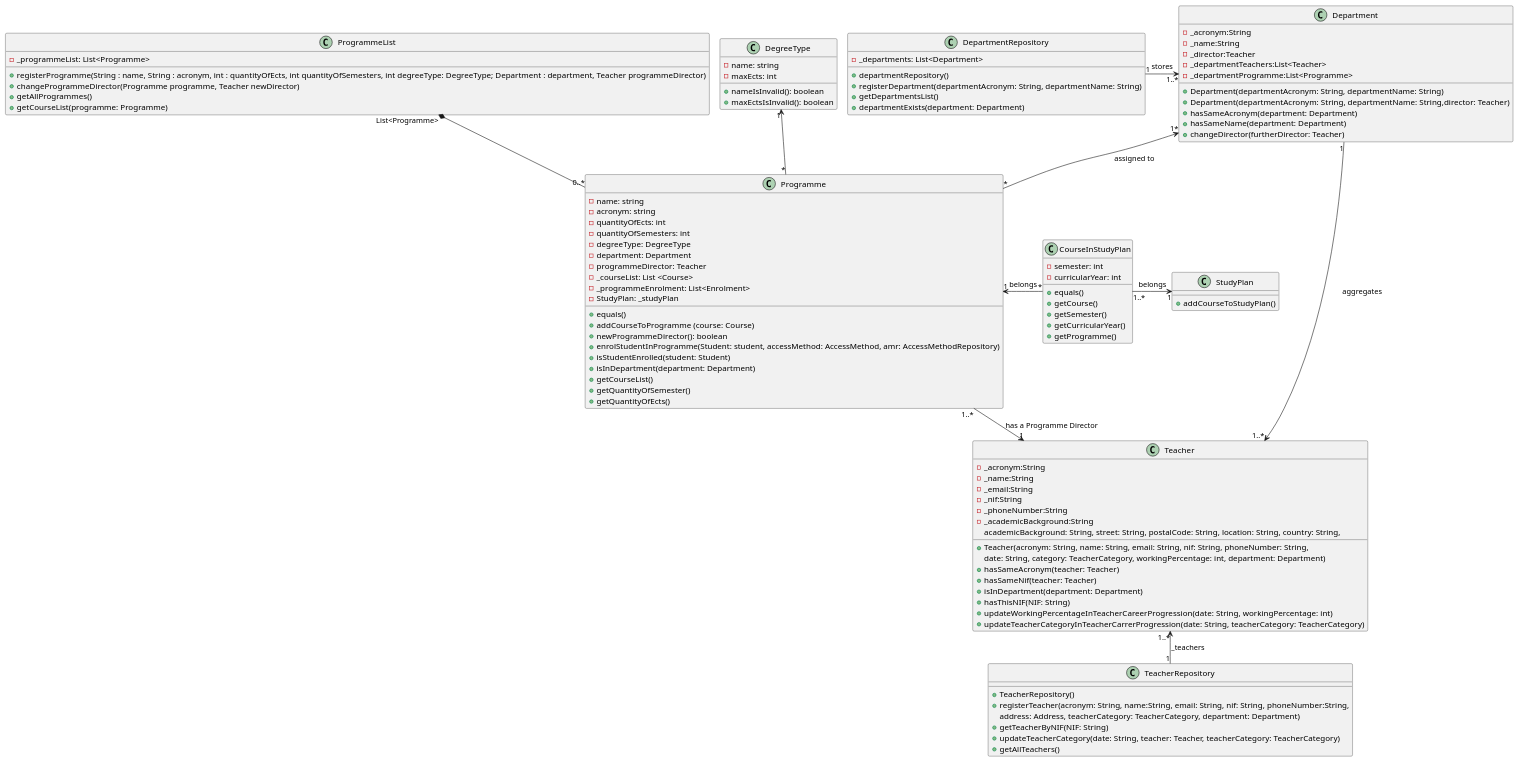
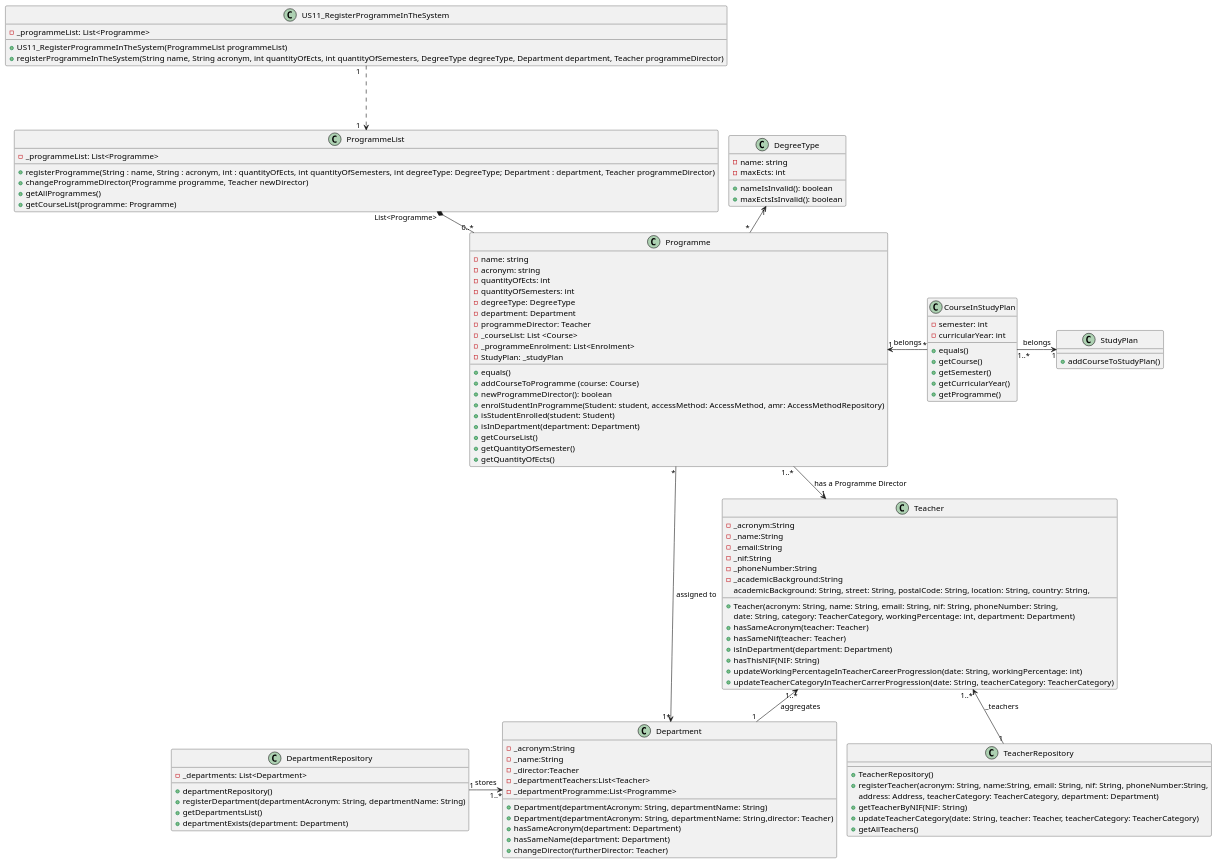
The diagram in docs/US11/US11_RegisterProgrammeInSystemClassDiagram.puml (GasparISEP/DevOps-PAI), drawn with PlantUML before and after one commit. The commit also changed 5 other files, not shown here.

Commit message:
Added, Reorganized and Fixed US11, US12, US27 diagrams

```diff
--- a/docs/US11/US11_RegisterProgrammeInSystemClassDiagram.puml
+++ b/docs/US11/US11_RegisterProgrammeInSystemClassDiagram.puml
@@ -1,124 +1,132 @@
 @startuml
 !pragma layout smetana
 'left to right direction
+
+class US11_RegisterProgrammeInTheSystem {
+    -_programmeList: List<Programme>
+    +US11_RegisterProgrammeInTheSystem(ProgrammeList programmeList)
+    +registerProgrammeInTheSystem(String name, String acronym, int quantityOfEcts, int quantityOfSemesters, DegreeType degreeType, Department department, Teacher programmeDirector)
+}
 
 class Department {
     -_acronym:String
     -_name:String
     -_director:Teacher
     -_departmentTeachers:List<Teacher>
     -_departmentProgramme:List<Programme>
     +Department(departmentAcronym: String, departmentName: String)
     +Department(departmentAcronym: String, departmentName: String,director: Teacher)
     +hasSameAcronym(department: Department)
     +hasSameName(department: Department)
     +changeDirector(furtherDirector: Teacher)
 
 }
 
 class DepartmentRepository {
     -_departments: List<Department>
     +departmentRepository()
     +registerDepartment(departmentAcronym: String, departmentName: String)
     +getDepartmentsList()
     +departmentExists(department: Department)
 }
 
 class Programme {
      - name: string
      - acronym: string
      - quantityOfEcts: int
      - quantityOfSemesters: int
      - degreeType: DegreeType
      - department: Department
      - programmeDirector: Teacher
      -_courseList: List <Course>
      -_programmeEnrolment: List<Enrolment>
      -StudyPlan: _studyPlan
 
      + equals()
      + addCourseToProgramme (course: Course)
      + newProgrammeDirector(): boolean
      +enrolStudentInProgramme(Student: student, accessMethod: AccessMethod, amr: AccessMethodRepository)
      +isStudentEnrolled(student: Student)
      +isInDepartment(department: Department)
      +getCourseList()
      +getQuantityOfSemester()
      +getQuantityOfEcts()
  }
 
 class ProgrammeList {
      -_programmeList: List<Programme>
      +registerProgramme(String : name, String : acronym, int : quantityOfEcts, int quantityOfSemesters, int degreeType: DegreeType; Department : department, Teacher programmeDirector)
      +changeProgrammeDirector(Programme programme, Teacher newDirector)
      +getAllProgrammes()
      +getCourseList(programme: Programme)
 }
 
 class DegreeType {
     - name: string
     - maxEcts: int
     + nameIsInvalid(): boolean
     + maxEctsIsInvalid(): boolean
 }
 
 class Teacher {
      -_acronym:String
      -_name:String
      -_email:String
      -_nif:String
      -_phoneNumber:String
      -_academicBackground:String
      +Teacher(acronym: String, name: String, email: String, nif: String, phoneNumber: String,
      academicBackground: String, street: String, postalCode: String, location: String, country: String,
      date: String, category: TeacherCategory, workingPercentage: int, department: Department)
      +hasSameAcronym(teacher: Teacher)
      +hasSameNif(teacher: Teacher)
      +isInDepartment(department: Department)
      +hasThisNIF(NIF: String)
      +updateWorkingPercentageInTeacherCareerProgression(date: String, workingPercentage: int)
      +updateTeacherCategoryInTeacherCarrerProgression(date: String, teacherCategory: TeacherCategory)
 }
 
 
 class TeacherRepository {
     +TeacherRepository()
     +registerTeacher(acronym: String, name:String, email: String, nif: String, phoneNumber:String,
                           address: Address, teacherCategory: TeacherCategory, department: Department)
     +getTeacherByNIF(NIF: String)
     +updateTeacherCategory(date: String, teacher: Teacher, teacherCategory: TeacherCategory)
     +getAllTeachers()
 }
 
 
 
 
 class StudyPlan {
 
     +addCourseToStudyPlan()
 }
 
 class CourseInStudyPlan {
     -semester: int
     -curricularYear: int
     +equals()
     +getCourse()
     +getSemester()
     +getCurricularYear()
     +getProgramme()
 }
 
 Programme "1..*" --> "1" Teacher : has a Programme Director
 Programme "*" -u-> "1*" Department: assigned to
 DegreeType "1" <-- "*" Programme
 Teacher "1..*" <-- "1" Department: aggregates
 Teacher "1..*" <-- "1" TeacherRepository: _teachers
 Department "1..*" <-left- "1" DepartmentRepository: stores
 StudyPlan "1" <-left- "1..*" CourseInStudyPlan: belongs
 CourseInStudyPlan "*" -left-> "1" Programme: belongs
 
 
 
 ProgrammeList "List<Programme>" *-- "0..*" Programme
 
+US11_RegisterProgrammeInTheSystem "1   " ....> "1   " ProgrammeList
+
 @enduml
```
